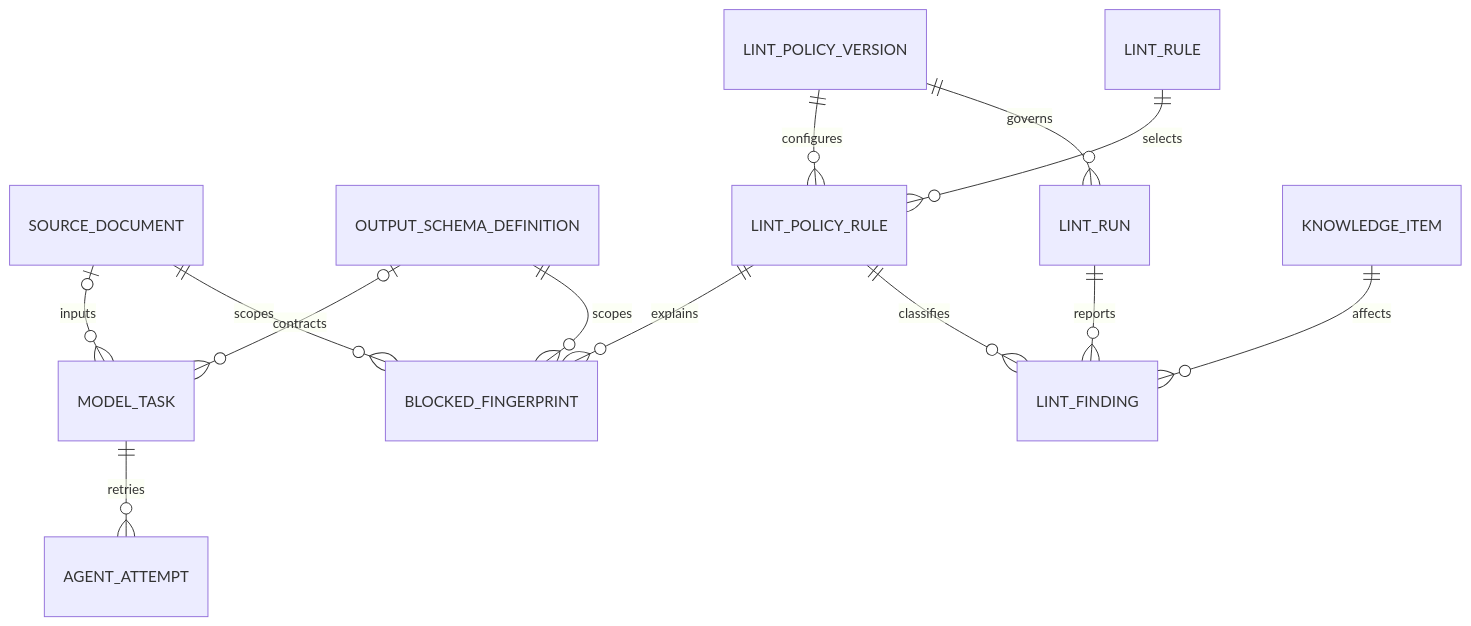
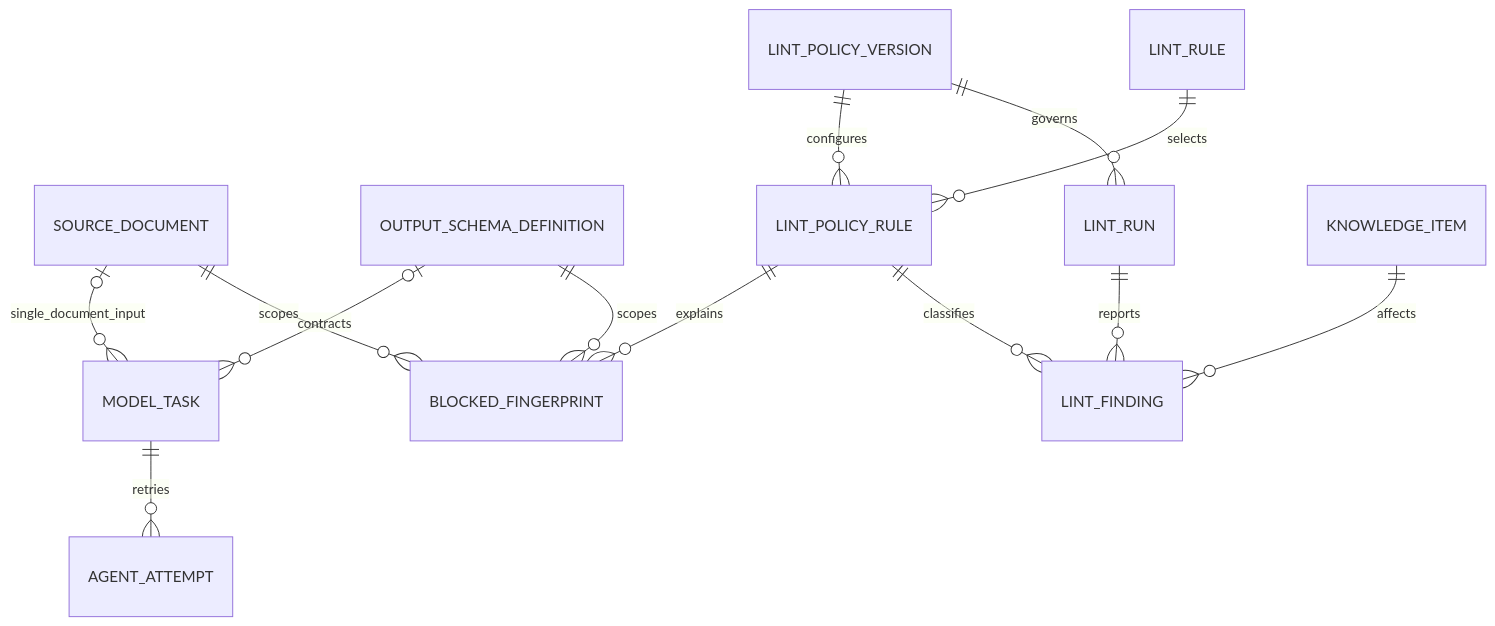
Before and after one commit to studylida/ontology-map: the second of 9 diagrams in logical-data-schema.md, drawn with Mermaid. The commit also changed other lines of this file, not shown here.

Commit message:
docs: freeze logical schema v1

````diff
--- a/logical-data-schema.md
+++ b/logical-data-schema.md
@@ -128,15 +128,15 @@
 ```mermaid
 erDiagram
-    SOURCE_DOCUMENT |o--o{ MODEL_TASK : inputs
+    SOURCE_DOCUMENT |o--o{ MODEL_TASK : single_document_input
     OUTPUT_SCHEMA_DEFINITION |o--o{ MODEL_TASK : contracts
     MODEL_TASK ||--o{ AGENT_ATTEMPT : retries
     SOURCE_DOCUMENT ||--o{ BLOCKED_FINGERPRINT : scopes
     OUTPUT_SCHEMA_DEFINITION ||--o{ BLOCKED_FINGERPRINT : scopes
     LINT_POLICY_VERSION ||--o{ LINT_POLICY_RULE : configures
     LINT_RULE ||--o{ LINT_POLICY_RULE : selects
     LINT_POLICY_RULE ||--o{ BLOCKED_FINGERPRINT : explains
     LINT_POLICY_VERSION ||--o{ LINT_RUN : governs
     LINT_RUN ||--o{ LINT_FINDING : reports
     LINT_POLICY_RULE ||--o{ LINT_FINDING : classifies
     KNOWLEDGE_ITEM ||--o{ LINT_FINDING : affects
 ```
````
